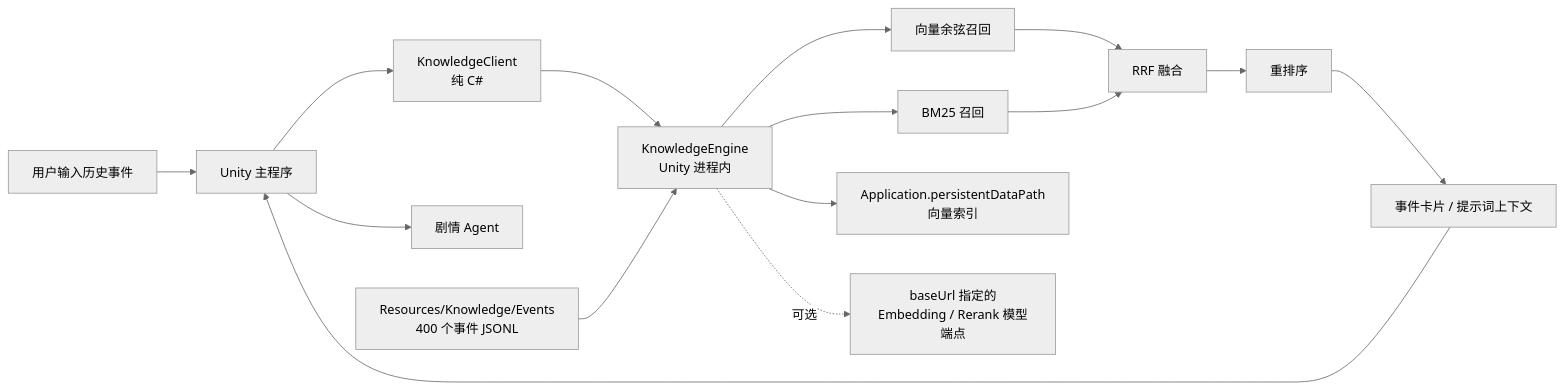
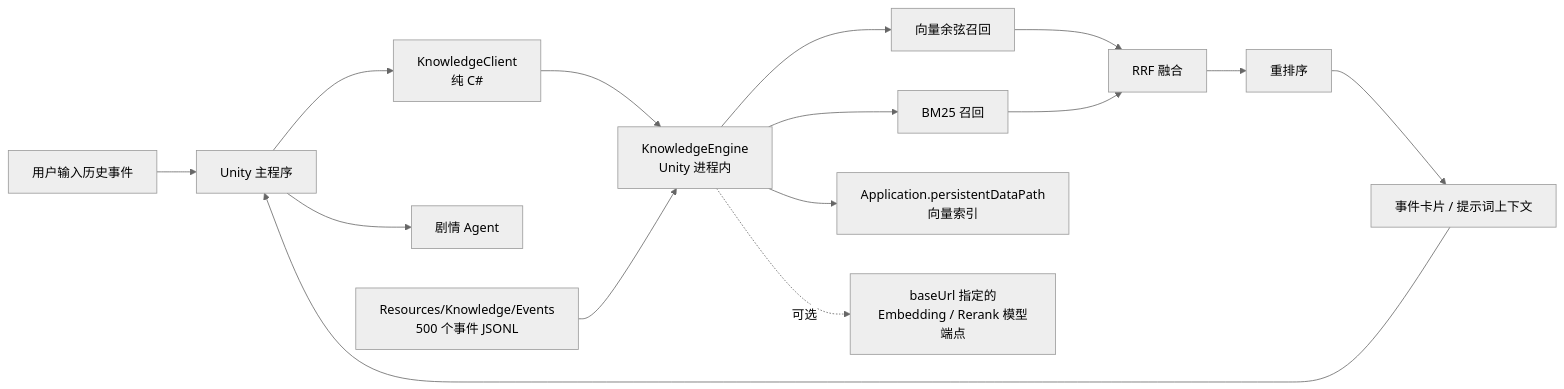
One commit to xinghuocode/epicspark changed the diagram in Docs/KnowledgeRAG.md. Above: the diagram before and after it, drawn with Mermaid (neutral theme). The commit also changed other lines of this file and 9 other files, not shown here.

````diff
--- a/Docs/KnowledgeRAG.md
+++ b/Docs/KnowledgeRAG.md
@@ -8,17 +8,17 @@
 ```mermaid
 flowchart LR
     U[用户输入历史事件] --> S[Unity 主程序]
     S --> C[KnowledgeClient<br/>纯 C#]
     C --> E[KnowledgeEngine<br/>Unity 进程内]
     E --> R1[向量余弦召回]
     E --> R2[BM25 召回]
     R1 --> F[RRF 融合]
     R2 --> F
     F --> RR[重排序]
     RR --> CX[事件卡片 / 提示词上下文]
     CX --> S
     S --> A[剧情 Agent]
-    D[Resources/Knowledge/Events<br/>400 个事件 JSONL] --> E
+    D[Resources/Knowledge/Events<br/>500 个事件 JSONL] --> E
     E --> IDX[Application.persistentDataPath<br/>向量索引]
     E -.可选.-> M[baseUrl 指定的<br/>Embedding / Rerank 模型端点]
 ```
````
